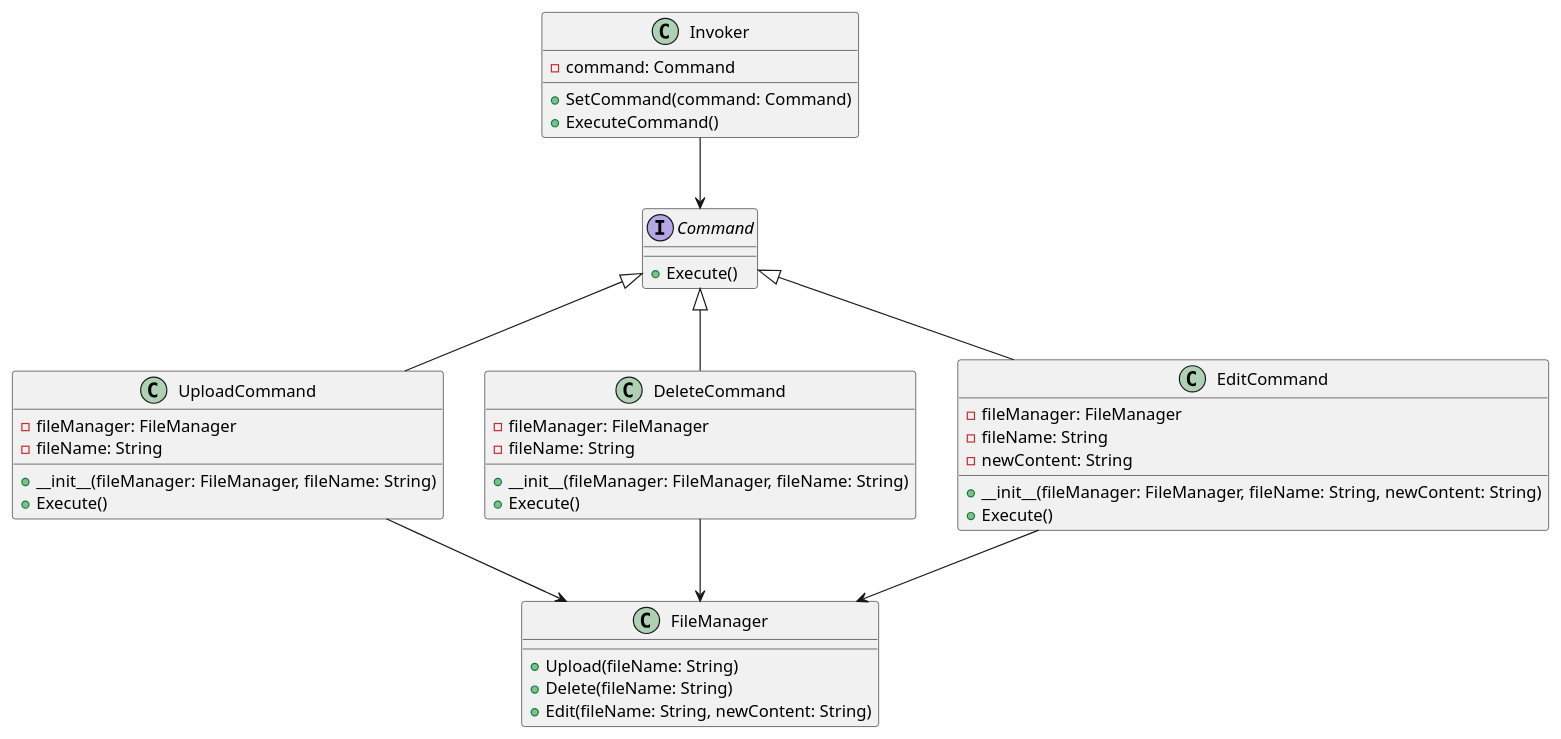
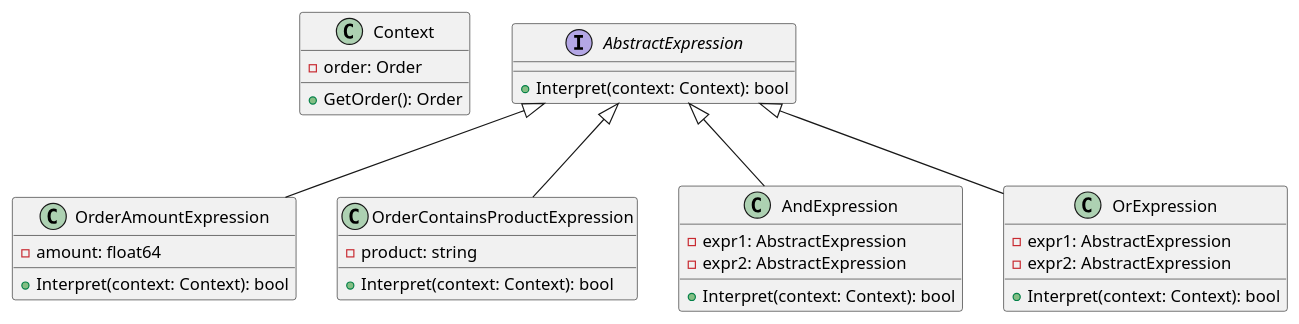
One commit to andrewovchinnikov/design-patterns changed the diagram in klassifikaciya-patternov/povedencheskie-patterny-behavioral-patterns/interpretator-interpreter/primery/obrabotka-pravil-biznes-logiki/go.md. Above: the diagram before and after it, drawn with PlantUML. The commit also changed other lines of this file and 24 other files, not shown here.

````diff
--- a/klassifikaciya-patternov/povedencheskie-patterny-behavioral-patterns/interpretator-interpreter/primery/obrabotka-pravil-biznes-logiki/go.md
+++ b/klassifikaciya-patternov/povedencheskie-patterny-behavioral-patterns/interpretator-interpreter/primery/obrabotka-pravil-biznes-logiki/go.md
@@ -141,49 +140,41 @@
 ```plantuml
 @startuml
-interface Command {
-    +Execute()
+
+class Context {
+    -order: Order
+    +GetOrder(): Order
 }
 
-class UploadCommand {
-    -fileManager: FileManager
-    -fileName: String
-    +__init__(fileManager: FileManager, fileName: String)
-    +Execute()
+interface AbstractExpression {
+    +Interpret(context: Context): bool
 }
 
-class DeleteCommand {
-    -fileManager: FileManager
-    -fileName: String
-    +__init__(fileManager: FileManager, fileName: String)
-    +Execute()
+class OrderAmountExpression {
+    -amount: float64
+    +Interpret(context: Context): bool
 }
 
-class EditCommand {
-    -fileManager: FileManager
-    -fileName: String
-    -newContent: String
-    +__init__(fileManager: FileManager, fileName: String, newContent: String)
-    +Execute()
+class OrderContainsProductExpression {
+    -product: string
+    +Interpret(context: Context): bool
 }
 
-class FileManager {
-    +Upload(fileName: String)
-    +Delete(fileName: String)
-    +Edit(fileName: String, newContent: String)
+class AndExpression {
+    -expr1: AbstractExpression
+    -expr2: AbstractExpression
+    +Interpret(context: Context): bool
 }
 
-class Invoker {
-    -command: Command
-    +SetCommand(command: Command)
-    +ExecuteCommand()
+class OrExpression {
+    -expr1: AbstractExpression
+    -expr2: AbstractExpression
+    +Interpret(context: Context): bool
 }
 
-Command <|-- UploadCommand
-Command <|-- DeleteCommand
-Command <|-- EditCommand
-UploadCommand --> FileManager
-DeleteCommand --> FileManager
-EditCommand --> FileManager
-Invoker --> Command
+AbstractExpression <|-- OrderAmountExpression
+AbstractExpression <|-- OrderContainsProductExpression
+AbstractExpression <|-- AndExpression
+AbstractExpression <|-- OrExpression
+
 @enduml
 ```
````
